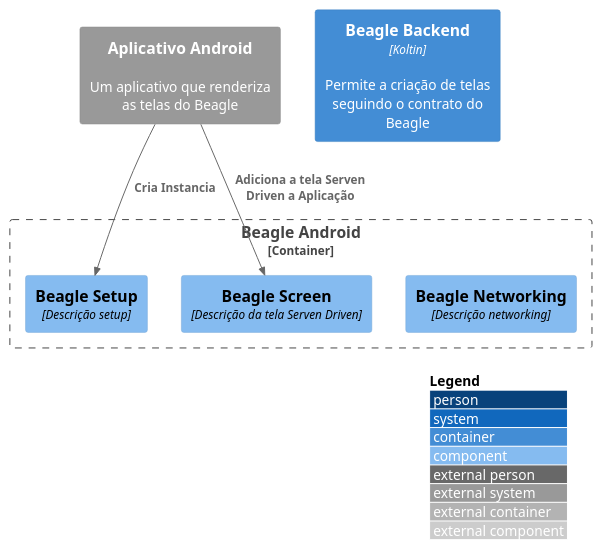
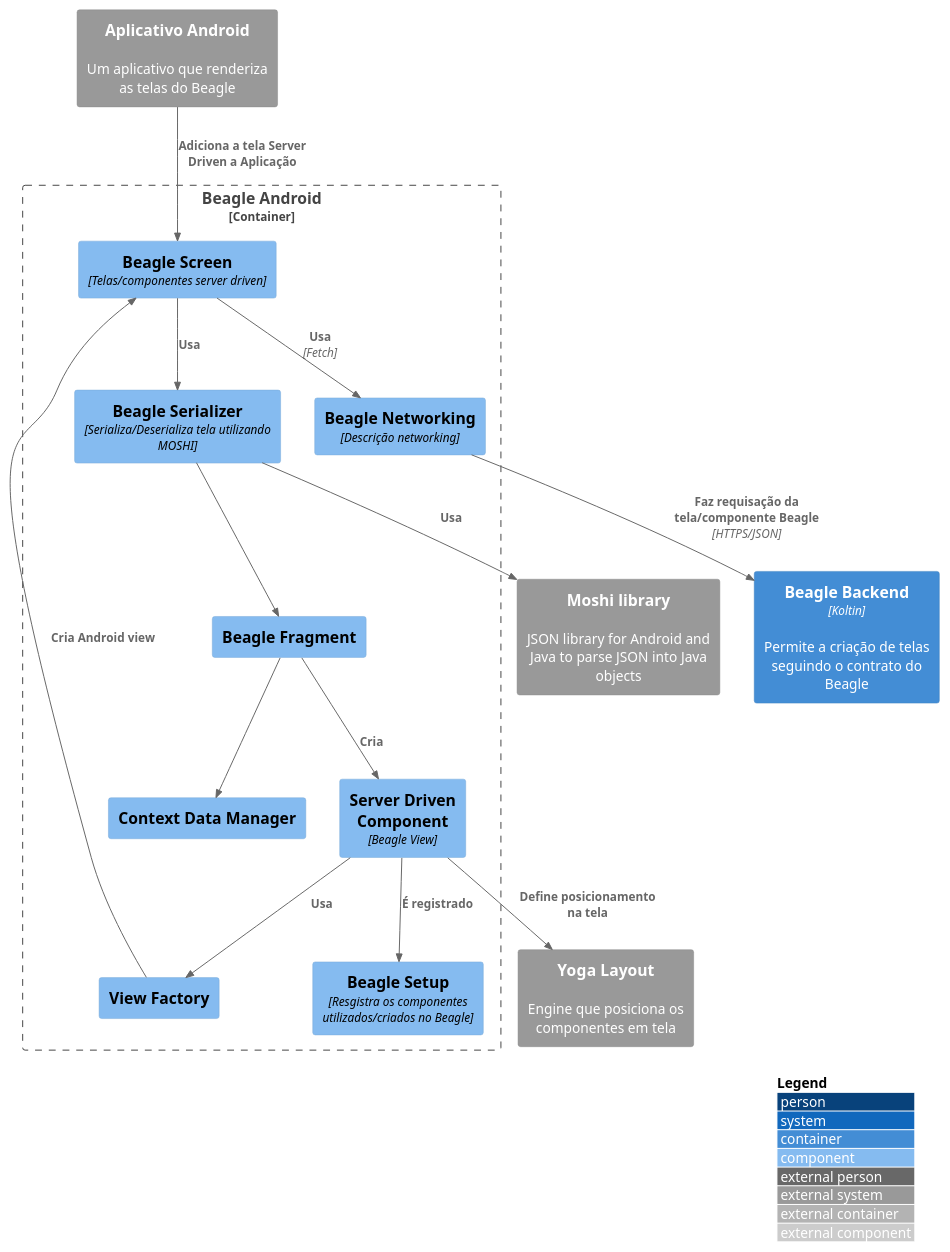
One commit to ZupIT/beagle-c4model changed the diagram in pt-br/src/C3 -  Component/Beagle Android/c3.puml. Above: the diagram before and after it, drawn with PlantUML.

Commit message:
updates the android project

```diff
--- a/pt-br/src/C3 -  Component/Beagle Android/c3.puml
+++ b/pt-br/src/C3 -  Component/Beagle Android/c3.puml
@@ -1,20 +1,36 @@
 @startuml c2
 !include https://raw.githubusercontent.com/adrianvlupu/C4-PlantUML/latest/C4_Component.puml
 LAYOUT_WITH_LEGEND()
 
 System_Ext(frontend_app, "Aplicativo Android", "Um aplicativo que renderiza as telas do Beagle")
+System_Ext(moshi_lib, "Moshi library", "JSON library for Android and Java to parse JSON into Java objects")
+System_Ext(yoga_layout, "Yoga Layout", "Engine que posiciona os componentes em tela")
 
 Container(beagle_backend, "Beagle Backend", "Koltin", "Permite a criação de telas seguindo o contrato do Beagle")
 
 Container_Boundary(beagle_android, "Beagle Android"){
   Component(beagle_networking, "Beagle Networking", "Descrição networking")
-  Component(beagle_setup, "Beagle Setup", "Descrição setup")
-  Component(beagle_screen, "Beagle Screen", "Descrição da tela Serven Driven")
-  
-  
+  Component(beagle_setup, "Beagle Setup", "Resgistra os componentes utilizados/criados no Beagle")
+  Component(beagle_screen, "Beagle Screen", "Telas/componentes server driven")
+  Component(beagle_serializer, "Beagle Serializer", "Serializa/Deserializa tela utilizando MOSHI")
+  Component(server_driven_component, "Server Driven Component", "Beagle View")
+  Component(view_factory, "View Factory", "")
+  Component(beagle_fragment, "Beagle Fragment", "")
+  Component(context_data_manager, "Context Data Manager", "")
+
 }
 
-Rel(frontend_app, beagle_setup, "Cria Instancia")
-Rel(frontend_app, beagle_screen, "Adiciona a tela Serven Driven a Aplicação")
+Rel(beagle_fragment, context_data_manager, "")
+Rel(beagle_serializer, beagle_fragment, "")
+Rel(frontend_app, beagle_screen, "Adiciona a tela Server Driven a Aplicação")
+Rel(beagle_screen, beagle_networking, "Usa", "Fetch")
+Rel(beagle_networking, beagle_backend, "Faz requisação da tela/componente Beagle","HTTPS/JSON")
+Rel(beagle_serializer, moshi_lib, "Usa")
+Rel(beagle_screen, beagle_serializer, "Usa")
+Rel(beagle_fragment, server_driven_component, "Cria")
+Rel(server_driven_component, view_factory, "Usa")
+Rel(view_factory, beagle_screen, "Cria Android view")
+Rel(server_driven_component, beagle_setup, "É registrado")
+Rel(server_driven_component, yoga_layout, "Define posicionamento na tela")
 
 @enduml
```
